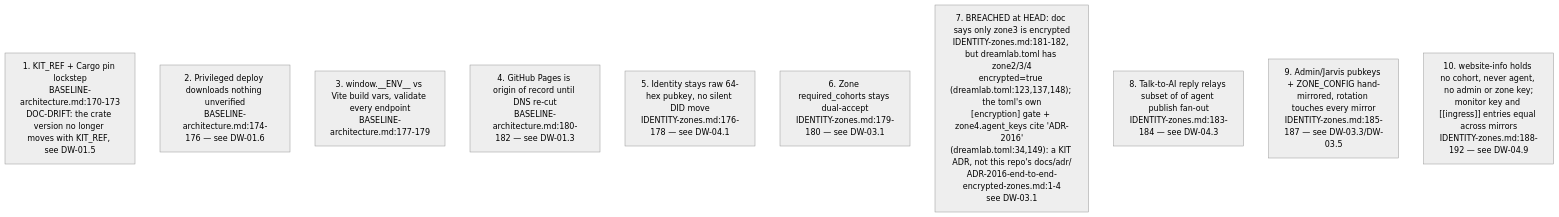
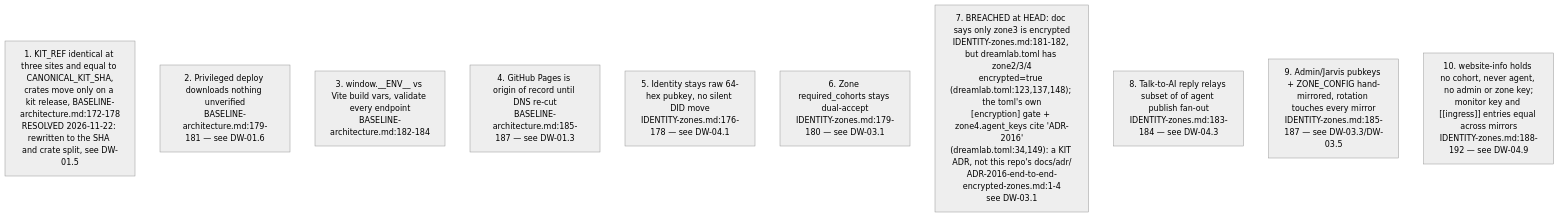
Before and after one commit to DreamLab-AI/VisionFlow: the fourth of 7 diagrams in docs/diagrams/dreamlab-ai-website/06-content-pipeline-and-invariants-register.md, drawn with Mermaid (neutral theme). The commit also changed other lines of this file and 8 other files, not shown here.

First line of the commit message:
diagrams(dreamlab-ai-website): re-verify DW-01..08 and DW-10 at e255b2b

````diff
--- a/docs/diagrams/dreamlab-ai-website/06-content-pipeline-and-invariants-register.md
+++ b/docs/diagrams/dreamlab-ai-website/06-content-pipeline-and-invariants-register.md
@@ -97,13 +97,13 @@
 ```mermaid
 flowchart TB
-    I1["1. KIT_REF + Cargo pin lockstep<br/>BASELINE-architecture.md:170-173<br/>DOC-DRIFT: the crate version no longer moves with KIT_REF, see DW-01.5"]
-    I2["2. Privileged deploy downloads nothing unverified<br/>BASELINE-architecture.md:174-176 — see DW-01.6"]
-    I3["3. window.__ENV__ vs Vite build vars, validate every endpoint<br/>BASELINE-architecture.md:177-179"]
-    I4["4. GitHub Pages is origin of record until DNS re-cut<br/>BASELINE-architecture.md:180-182 — see DW-01.3"]
+    I1["1. KIT_REF identical at three sites and equal to CANONICAL_KIT_SHA,<br/>crates move only on a kit release, BASELINE-architecture.md:172-178<br/>RESOLVED 2026-11-22: rewritten to the SHA and crate split, see DW-01.5"]
+    I2["2. Privileged deploy downloads nothing unverified<br/>BASELINE-architecture.md:179-181 — see DW-01.6"]
+    I3["3. window.__ENV__ vs Vite build vars, validate every endpoint<br/>BASELINE-architecture.md:182-184"]
+    I4["4. GitHub Pages is origin of record until DNS re-cut<br/>BASELINE-architecture.md:185-187 — see DW-01.3"]
     I5["5. Identity stays raw 64-hex pubkey, no silent DID move<br/>IDENTITY-zones.md:176-178 — see DW-04.1"]
     I6["6. Zone required_cohorts stays dual-accept<br/>IDENTITY-zones.md:179-180 — see DW-03.1"]
     I7["7. BREACHED at HEAD: doc says only zone3 is encrypted<br/>IDENTITY-zones.md:181-182, but dreamlab.toml has zone2/3/4<br/>encrypted=true (dreamlab.toml:123,137,148); the toml's own<br/>[encryption] gate + zone4.agent_keys cite 'ADR-2016'<br/>(dreamlab.toml:34,149): a KIT ADR, not this repo's docs/adr/<br/>ADR-2016-end-to-end-encrypted-zones.md:1-4<br/>see DW-03.1"]
     I8["8. Talk-to-AI reply relays subset of of agent publish fan-out<br/>IDENTITY-zones.md:183-184 — see DW-04.3"]
     I9["9. Admin/Jarvis pubkeys + ZONE_CONFIG hand-mirrored, rotation touches every mirror<br/>IDENTITY-zones.md:185-187 — see DW-03.3/DW-03.5"]
     I10["10. website-info holds no cohort, never agent, no admin or zone key;<br/>monitor key and [[ingress]] entries equal across mirrors<br/>IDENTITY-zones.md:188-192 — see DW-04.9"]
 ```
````
